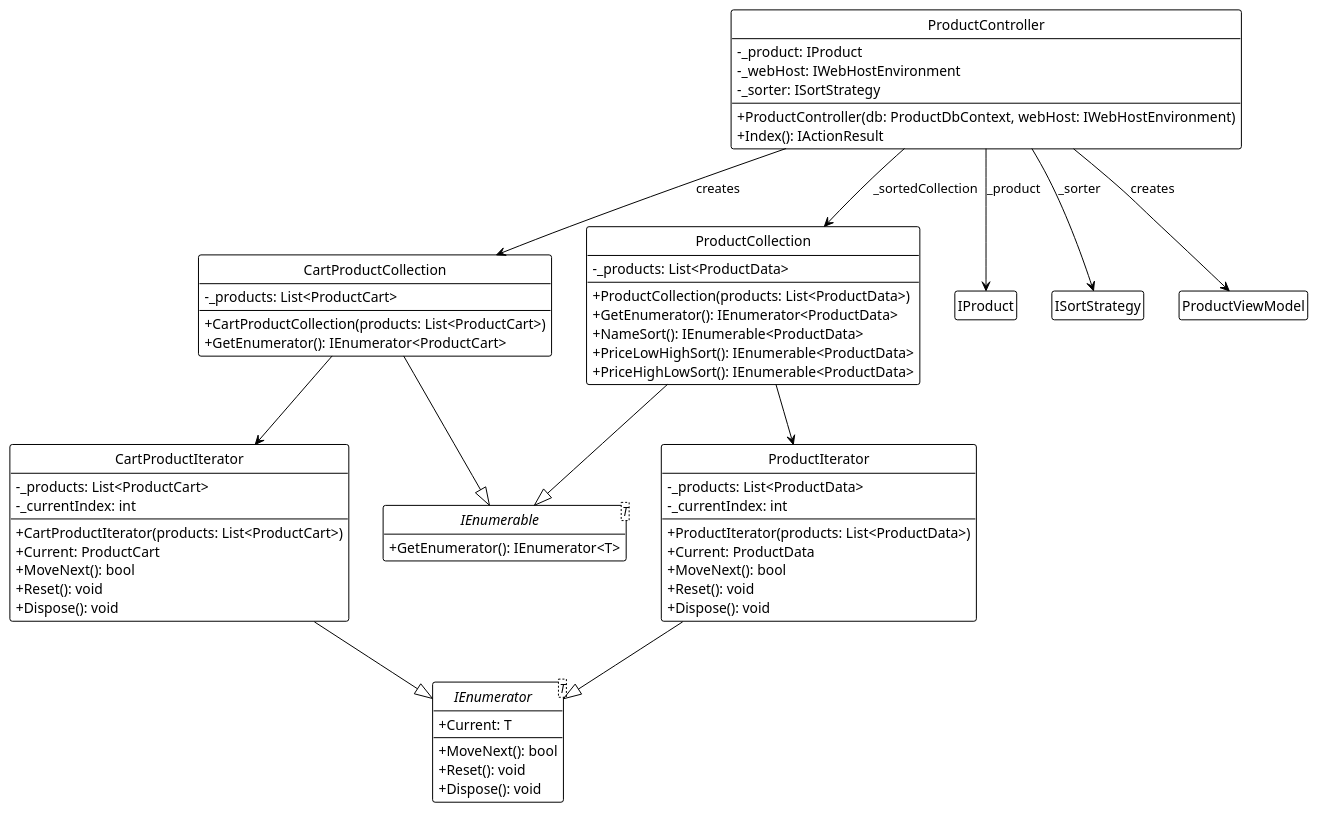
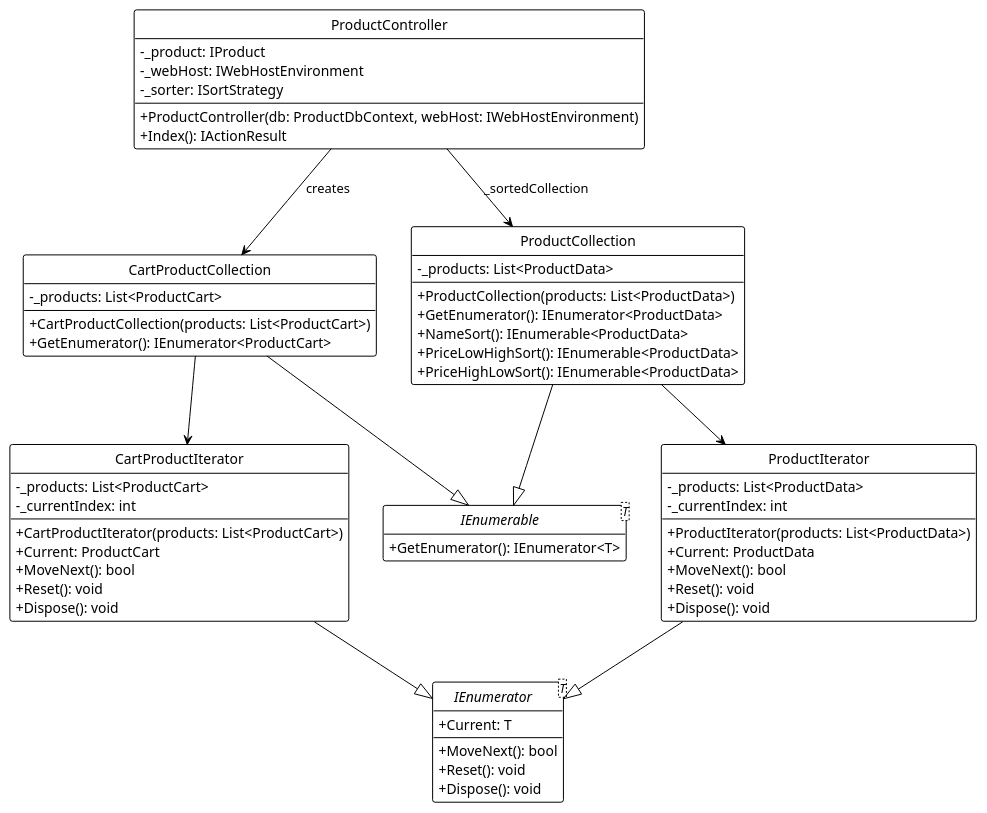
The diagram in UML/Iterator.puml (TibirnaVitalie/Proiect-TMPS), drawn with PlantUML before and after one commit. The commit also changed 9 other files, not shown here.

Commit message:
UML updates

```diff
--- a/UML/Iterator.puml
+++ b/UML/Iterator.puml
@@ -1,82 +1,79 @@
 @startuml
 !theme plain
 hide circle
 hide empty members
 skinparam classAttributeIconSize 0
 
 class CartProductCollection {
     - _products: List<ProductCart>
     --
     + CartProductCollection(products: List<ProductCart>)
     + GetEnumerator(): IEnumerator<ProductCart>
 }
 
 class CartProductIterator {
     - _products: List<ProductCart>
     - _currentIndex: int
     --
     + CartProductIterator(products: List<ProductCart>)
     + Current: ProductCart
     + MoveNext(): bool
     + Reset(): void
     + Dispose(): void
 }
 
 class ProductCollection {
     - _products: List<ProductData>
     --
     + ProductCollection(products: List<ProductData>)
     + GetEnumerator(): IEnumerator<ProductData>
     + NameSort(): IEnumerable<ProductData>
     + PriceLowHighSort(): IEnumerable<ProductData>
     + PriceHighLowSort(): IEnumerable<ProductData>
 }
 
 class ProductIterator {
     - _products: List<ProductData>
     - _currentIndex: int
     --
     + ProductIterator(products: List<ProductData>)
     + Current: ProductData
     + MoveNext(): bool
     + Reset(): void
     + Dispose(): void
 }
 
 class ProductController {
     - _product: IProduct
     - _webHost: IWebHostEnvironment
     - _sorter: ISortStrategy
     --
     + ProductController(db: ProductDbContext, webHost: IWebHostEnvironment)
     + Index(): IActionResult
 }
 
 interface IEnumerable<T> {
     + GetEnumerator(): IEnumerator<T>
 }
 
 interface IEnumerator<T> {
     + Current: T
     + MoveNext(): bool
     + Reset(): void
     + Dispose(): void
 }
 
 CartProductCollection --|> IEnumerable
 CartProductCollection --> CartProductIterator
 
 CartProductIterator --|> IEnumerator
 
 ProductCollection --|> IEnumerable
 ProductCollection --> ProductIterator
 
 ProductIterator --|> IEnumerator
 
-ProductController --> IProduct: _product
-ProductController --> ISortStrategy: _sorter
 ProductController --> ProductCollection: _sortedCollection
-ProductController --> ProductViewModel: creates
 ProductController --> CartProductCollection: creates
 
 @enduml
```
